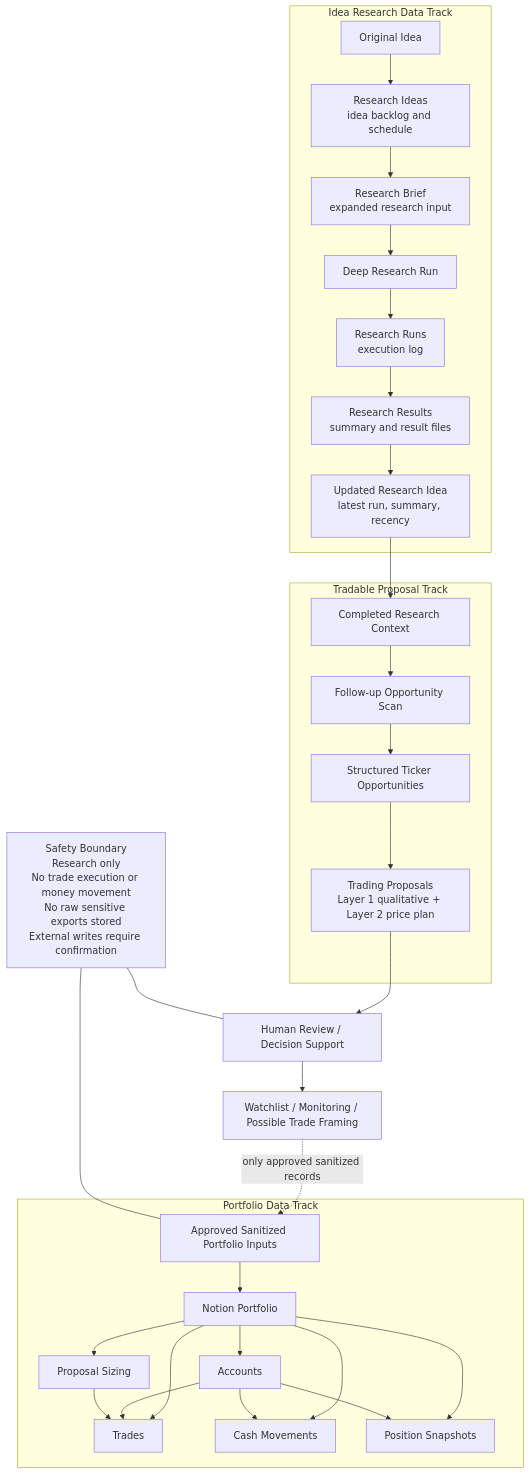
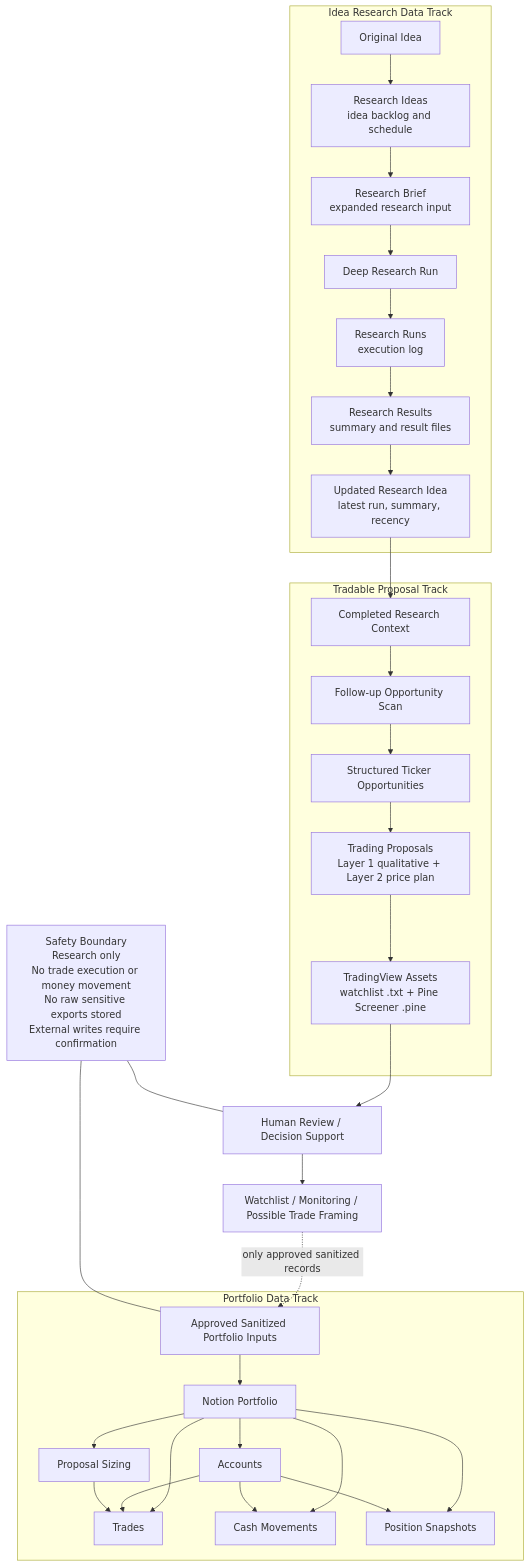
Before and after one commit to jonecheung/investment-ai: the diagram in README.md, drawn with Mermaid. The commit also changed other lines of this file and 15 other files, not shown here.

First line of the commit message:
Add TradingView and Fast.io workflow skills with Layer 2 docs.

````diff
--- a/README.md
+++ b/README.md
@@ -50,52 +56,53 @@
 ```mermaid
 flowchart TD
   subgraph IR[Idea Research Data Track]
     A[Original Idea]
     B[Research Ideas<br/>idea backlog and schedule]
     C[Research Brief<br/>expanded research input]
     D[Deep Research Run]
     E[Research Runs<br/>execution log]
     F[Research Results<br/>summary and result files]
     G[Updated Research Idea<br/>latest run, summary, recency]
   end
 
   subgraph TP[Tradable Proposal Track]
     H[Completed Research Context]
     I[Follow-up Opportunity Scan]
     J[Structured Ticker Opportunities]
     K[Trading Proposals<br/>Layer 1 qualitative + Layer 2 price plan]
+    TV[TradingView Assets<br/>watchlist .txt + Pine Screener .pine]
   end
 
   subgraph PF[Portfolio Data Track]
     L[Approved Sanitized Portfolio Inputs]
     M[Notion Portfolio]
     N[Accounts]
     O[Trades]
     P[Cash Movements]
     Q[Position Snapshots]
     Sizing[Proposal Sizing]
   end
 
   A --> B --> C --> D --> E --> F --> G
 
-  G --> H --> I --> J --> K
+  G --> H --> I --> J --> K --> TV
 
-  K --> R[Human Review / Decision Support]
+  TV --> R[Human Review / Decision Support]
   R --> S[Watchlist / Monitoring / Possible Trade Framing]
   S -. only approved sanitized records .-> L
 
   L --> M
   M --> N
   M --> O
   M --> P
   M --> Q
   M --> Sizing
   N --> O
   N --> P
   N --> Q
   Sizing --> O
 
   Z[Safety Boundary<br/>Research only<br/>No trade execution or money movement<br/>No raw sensitive exports stored<br/>External writes require confirmation]
   Z --- R
   Z --- L
 ```
````
